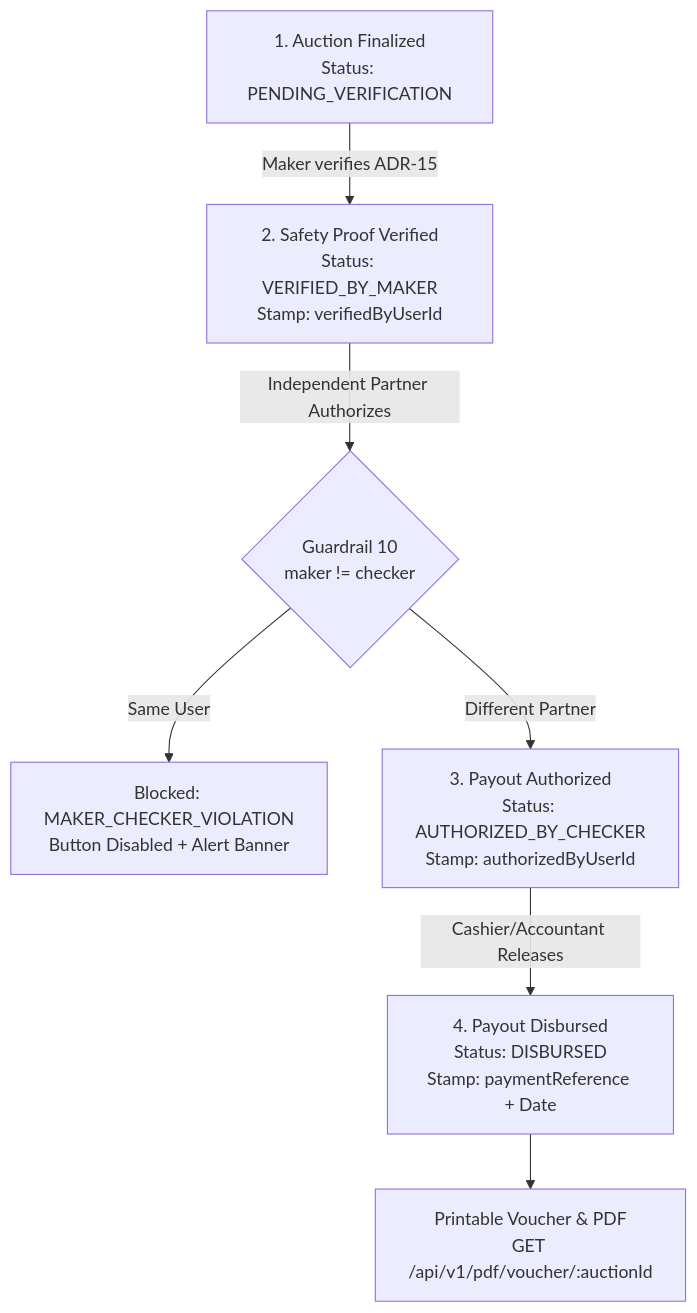
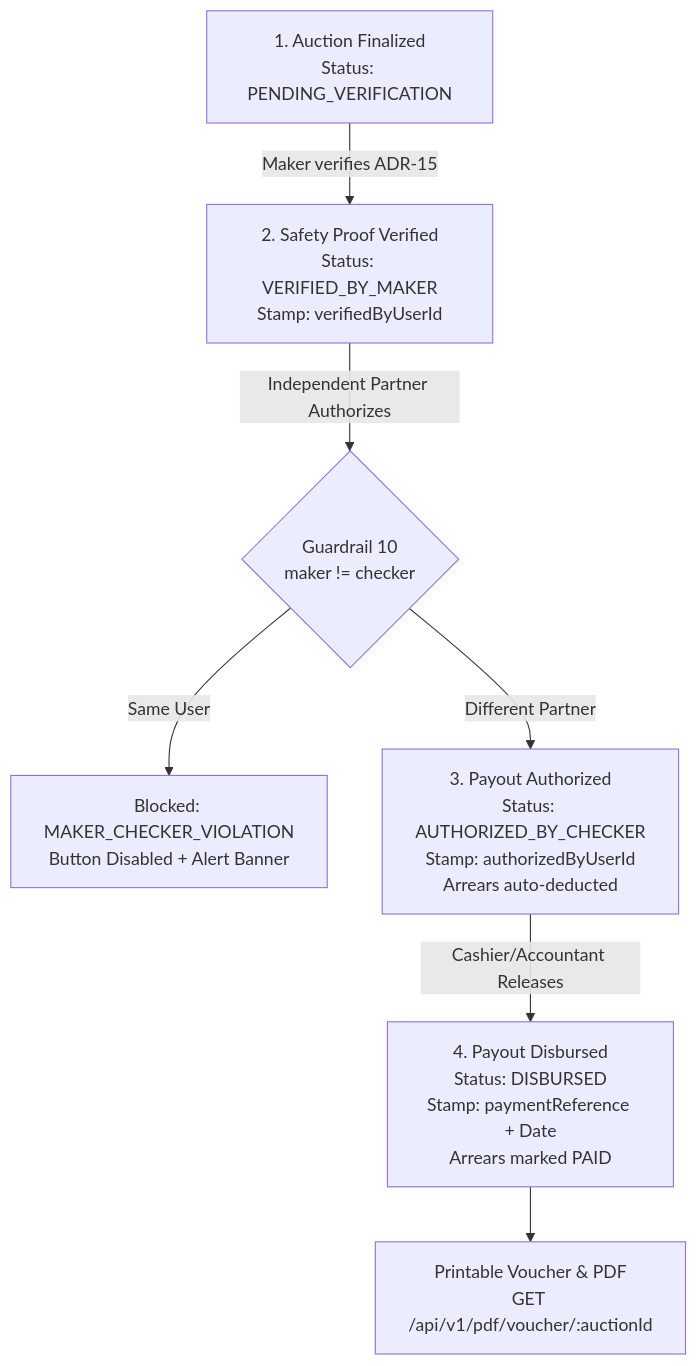
Before and after one commit to Kathir-24/Kumaran-finance: the diagram in docs/web/prize-disbursements.md, drawn with Mermaid. The commit also changed other lines of this file and 25 other files, not shown here.

````diff
--- a/docs/web/prize-disbursements.md
+++ b/docs/web/prize-disbursements.md
@@ -34,9 +35,9 @@
 ```mermaid
 flowchart TD
     S1["1. Auction Finalized\nStatus: PENDING_VERIFICATION"] -->|Maker verifies ADR-15| S2["2. Safety Proof Verified\nStatus: VERIFIED_BY_MAKER\nStamp: verifiedByUserId"]
     S2 -->|Independent Partner Authorizes| G{"Guardrail 10\nmaker != checker"}
     G -- "Same User" --> BLOCK["Blocked: MAKER_CHECKER_VIOLATION\nButton Disabled + Alert Banner"]
-    G -- "Different Partner" --> S3["3. Payout Authorized\nStatus: AUTHORIZED_BY_CHECKER\nStamp: authorizedByUserId"]
-    S3 -->|Cashier/Accountant Releases| S4["4. Payout Disbursed\nStatus: DISBURSED\nStamp: paymentReference + Date"]
+    G -- "Different Partner" --> S3["3. Payout Authorized\nStatus: AUTHORIZED_BY_CHECKER\nStamp: authorizedByUserId\nArrears auto-deducted"]
+    S3 -->|Cashier/Accountant Releases| S4["4. Payout Disbursed\nStatus: DISBURSED\nStamp: paymentReference + Date\nArrears marked PAID"]
     S4 --> PDF["Printable Voucher & PDF\nGET /api/v1/pdf/voucher/:auctionId"]
 ```
````
